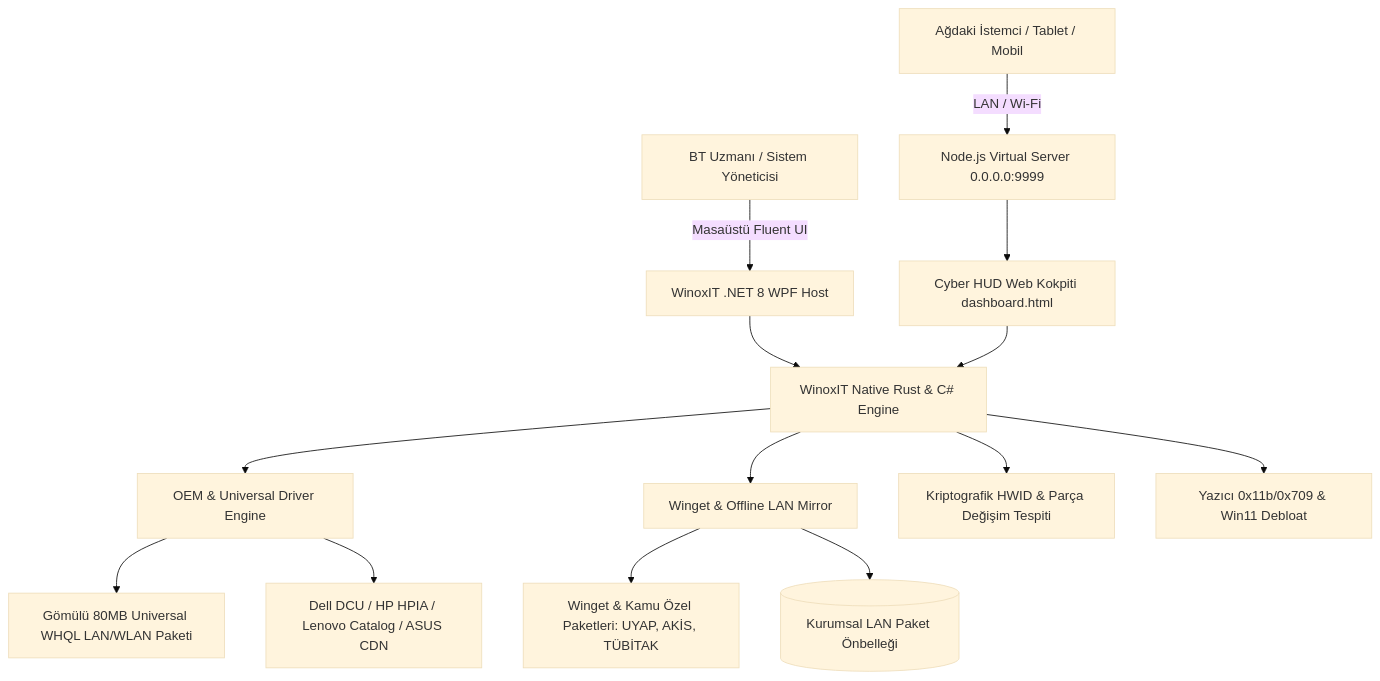
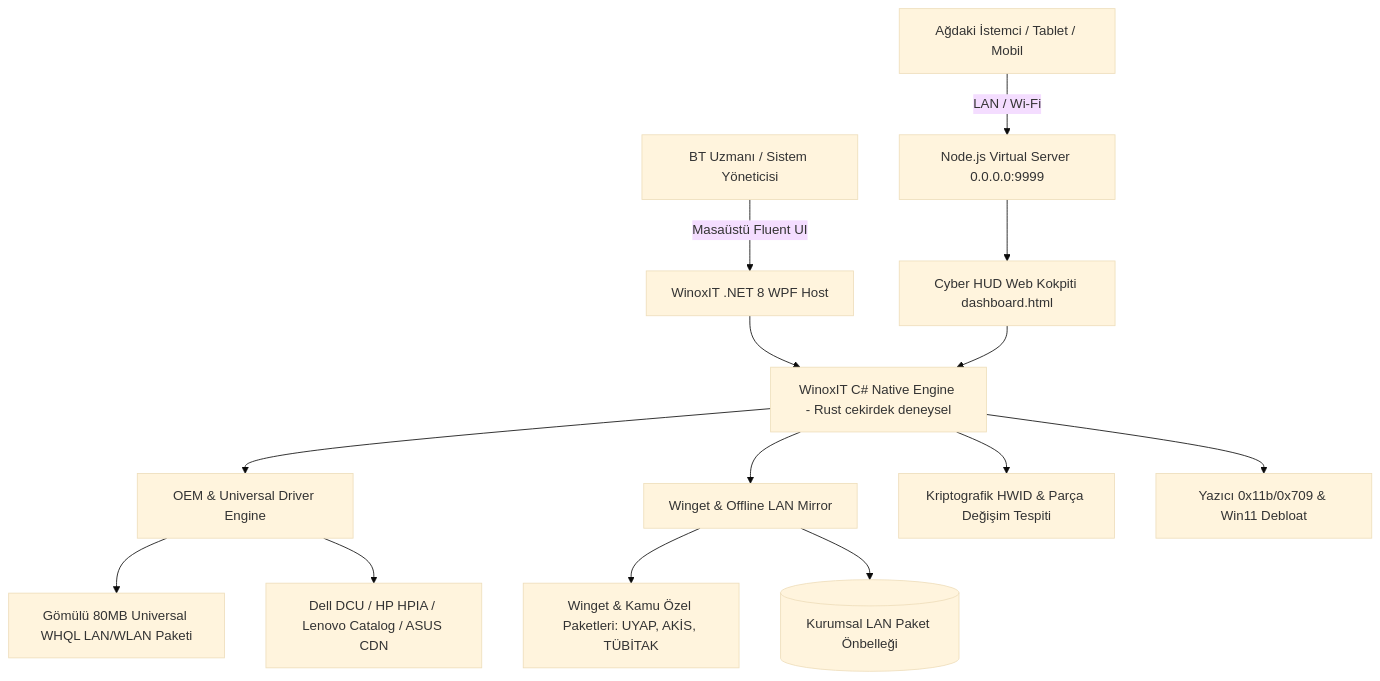
Before and after one commit to mtahiryilmazz/WinOXIT: the diagram in README.md, drawn with Mermaid (base theme). The commit also changed other lines of this file and 83 other files, not shown here.

````diff
--- a/README.md
+++ b/README.md
@@ -24,20 +28,20 @@
 ```mermaid
 graph TD
     Admin[BT Uzmanı / Sistem Yöneticisi] -->|Masaüstü Fluent UI| WPF[WinoxIT .NET 8 WPF Host]
     ClientDevice[Ağdaki İstemci / Tablet / Mobil] -->|LAN / Wi-Fi| NodeServer[Node.js Virtual Server 0.0.0.0:9999]
     
     NodeServer --> WebHUD[Cyber HUD Web Kokpiti dashboard.html]
-    WPF --> RustCore[WinoxIT Native Rust & C# Engine]
+    WPF --> RustCore[WinoxIT C# Native Engine - Rust cekirdek deneysel]
     WebHUD --> RustCore
     
     RustCore --> DriverEngine[OEM & Universal Driver Engine]
     RustCore --> AppDeployEngine[Winget & Offline LAN Mirror]
     RustCore --> HWIDEngine[Kriptografik HWID & Parça Değişim Tespiti]
     RustCore --> RepairEngine[Yazıcı 0x11b/0x709 & Win11 Debloat]
     
     DriverEngine --> OfflineNIC[Gömülü 80MB Universal WHQL LAN/WLAN Paketi]
     DriverEngine --> OEMCatalogs[Dell DCU / HP HPIA / Lenovo Catalog / ASUS CDN]
     
     AppDeployEngine --> WingetRepo[Winget & Kamu Özel Paketleri: UYAP, AKİS, TÜBİTAK]
     AppDeployEngine --> LocalCache[(Kurumsal LAN Paket Önbelleği)]
 ```
````
